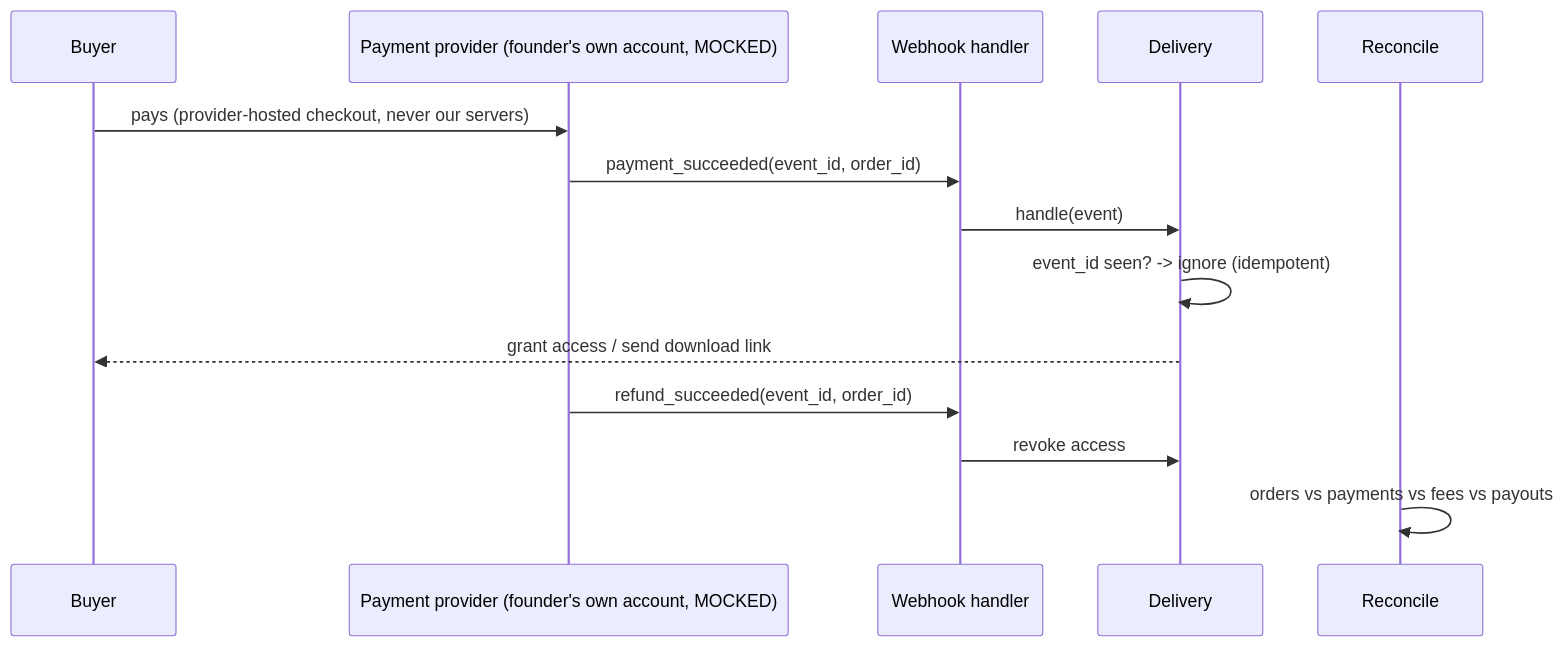
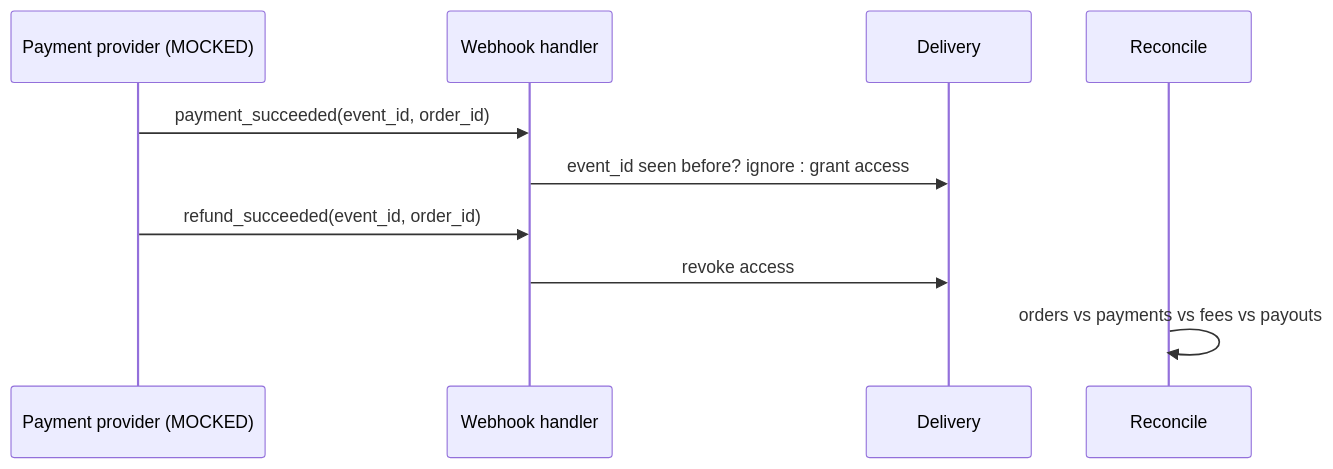
Before and after one commit to Elgahmy1/founder-agents: the second of 2 diagrams in ARCHITECTURE.md, drawn with Mermaid. The commit also changed other lines of this file and 3 other files, not shown here.

First line of the commit message:
Docs: README and ARCHITECTURE put every required section near the top (README 12.8k -> 8.1k chars, ARCHITECTURE 31.9k -> 13.6k); full detail moved unchanged to docs/architecture-details.md and docs/status.md

````diff
--- a/ARCHITECTURE.md
+++ b/ARCHITECTURE.md
@@ -291,16 +121,12 @@
 ```mermaid
 sequenceDiagram
-    participant Buyer
-    participant Provider as Payment provider (founder's own account, MOCKED)
+    participant Provider as Payment provider (MOCKED)
     participant Hook as Webhook handler
     participant Del as Delivery
     participant Rec as Reconcile
-    Buyer->>Provider: pays (provider-hosted checkout, never our servers)
     Provider->>Hook: payment_succeeded(event_id, order_id)
-    Hook->>Del: handle(event)
-    Del->>Del: event_id seen? -> ignore (idempotent)
-    Del-->>Buyer: grant access / send download link
+    Hook->>Del: event_id seen before? ignore : grant access
     Provider->>Hook: refund_succeeded(event_id, order_id)
     Hook->>Del: revoke access
     Rec->>Rec: orders vs payments vs fees vs payouts
 ```
````
